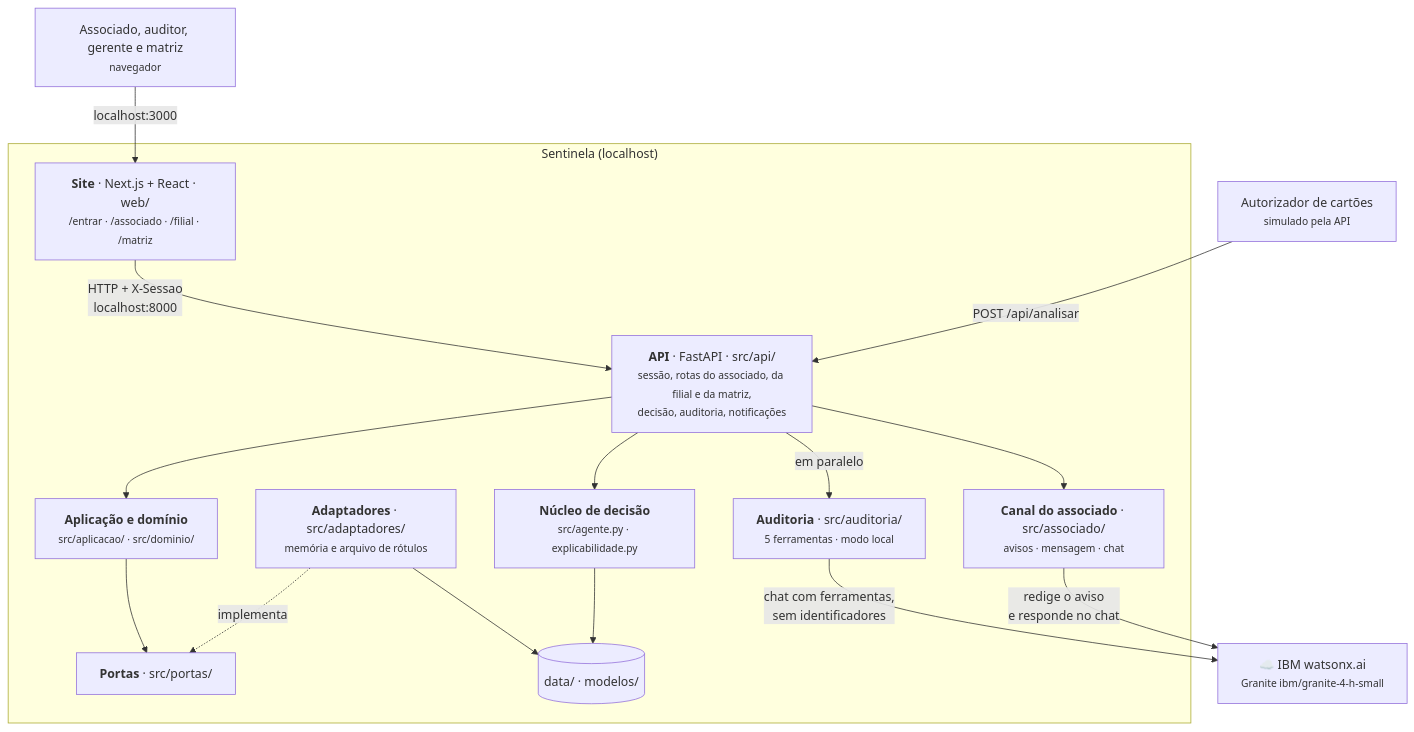
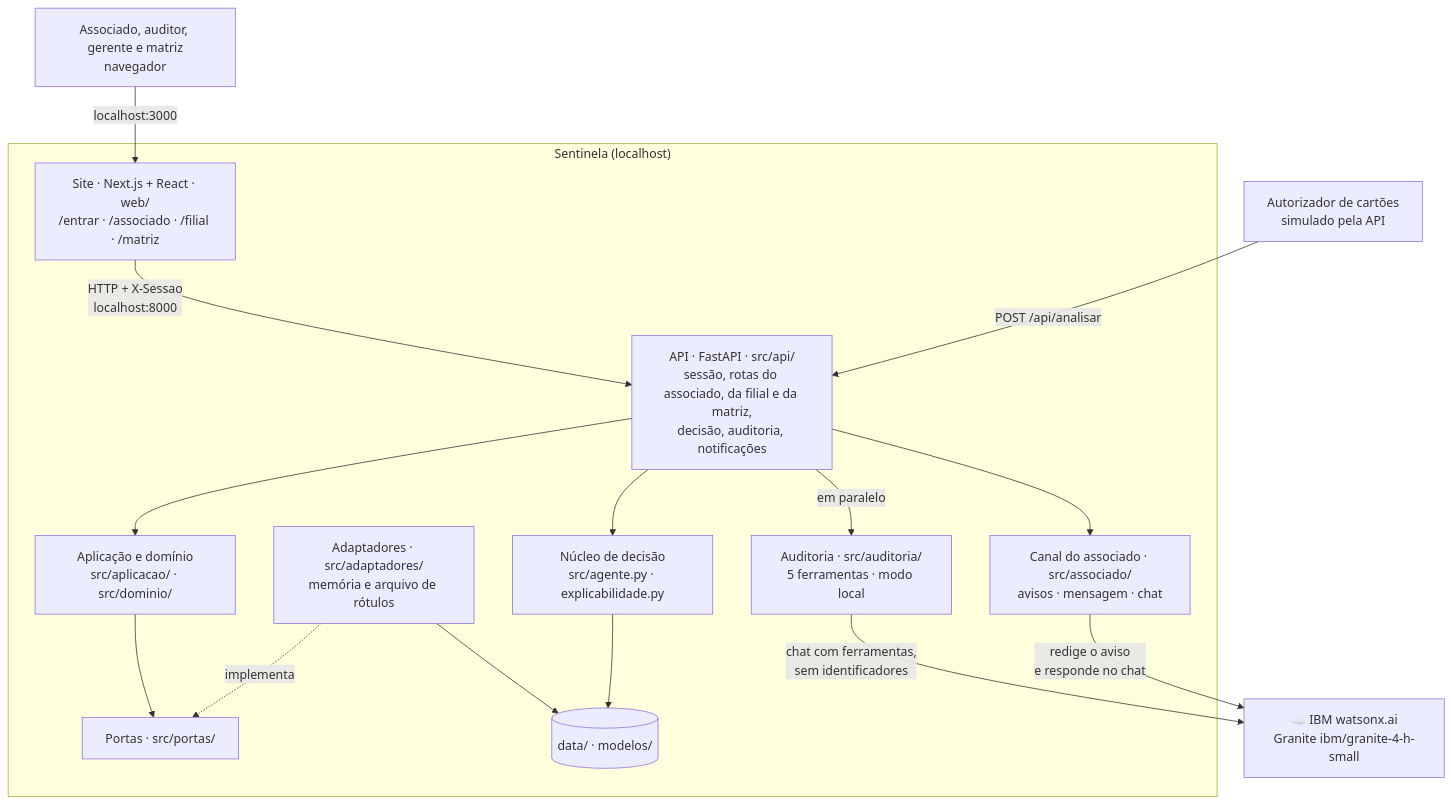
Before and after one commit to PedroMLegnaghi/Sentinela_IBM_SkillsBuildAILab_Sicredi_challenge: the third of 15 diagrams in README.md, drawn with Mermaid. The commit also changed other lines of this file, not shown here.

Commit message:
docs: corrige a formatação dos diagramas do README no GitHub (#149)

````diff
--- a/README.md
+++ b/README.md
@@ -139,32 +139,32 @@
 ```mermaid
 graph TB
-    USU["Associado, auditor, gerente e matriz<br/><small>navegador</small>"]
-    AUT["Autorizador de cartões<br/><small>simulado pela API</small>"]
+    USU["Associado, auditor, gerente e matriz<br/>navegador"]
+    AUT["Autorizador de cartões<br/>simulado pela API"]
 
     subgraph Sentinela["Sentinela (localhost)"]
-        SITE["<b>Site</b> · Next.js + React · web/<br/><small>/entrar · /associado · /filial · /matriz</small>"]
-        API["<b>API</b> · FastAPI · src/api/<br/><small>sessão, rotas do associado, da filial e da matriz,<br/>decisão, auditoria, notificações</small>"]
-        APL["<b>Aplicação e domínio</b><br/><small>src/aplicacao/ · src/dominio/</small>"]
-        POR["<b>Portas</b> · src/portas/"]
-        MEM["<b>Adaptadores</b> · src/adaptadores/<br/><small>memória e arquivo de rótulos</small>"]
-        NUC["<b>Núcleo de decisão</b><br/><small>src/agente.py · explicabilidade.py</small>"]
-        AUDI["<b>Auditoria</b> · src/auditoria/<br/><small>5 ferramentas · modo local</small>"]
-        CAN["<b>Canal do associado</b> · src/associado/<br/><small>avisos · mensagem · chat</small>"]
+        SITE["Site · Next.js + React · web/<br/>/entrar · /associado · /filial · /matriz"]
+        API["API · FastAPI · src/api/<br/>sessão, rotas do associado, da filial e da matriz,<br/>decisão, auditoria, notificações"]
+        APL["Aplicação e domínio<br/>src/aplicacao/ · src/dominio/"]
+        POR["Portas · src/portas/"]
+        MEM["Adaptadores · src/adaptadores/<br/>memória e arquivo de rótulos"]
+        NUC["Núcleo de decisão<br/>src/agente.py · explicabilidade.py"]
+        AUDI["Auditoria · src/auditoria/<br/>5 ferramentas · modo local"]
+        CAN["Canal do associado · src/associado/<br/>avisos · mensagem · chat"]
         ARQ[("data/ · modelos/")]
     end
 
-    WX["☁️ IBM watsonx.ai<br/><small>Granite ibm/granite-4-h-small</small>"]
+    WX["☁️ IBM watsonx.ai<br/>Granite ibm/granite-4-h-small"]
 
     USU -->|"localhost:3000"| SITE
     SITE -->|"HTTP + X-Sessao<br/>localhost:8000"| API
     AUT -->|"POST /api/analisar"| API
     API --> APL --> POR
     MEM -.->|implementa| POR
     API --> NUC
     API -->|em paralelo| AUDI
     API --> CAN
     AUDI -->|"chat com ferramentas,<br/>sem identificadores"| WX
     CAN -->|"redige o aviso<br/>e responde no chat"| WX
     NUC --> ARQ
     MEM --> ARQ
 ```
````
